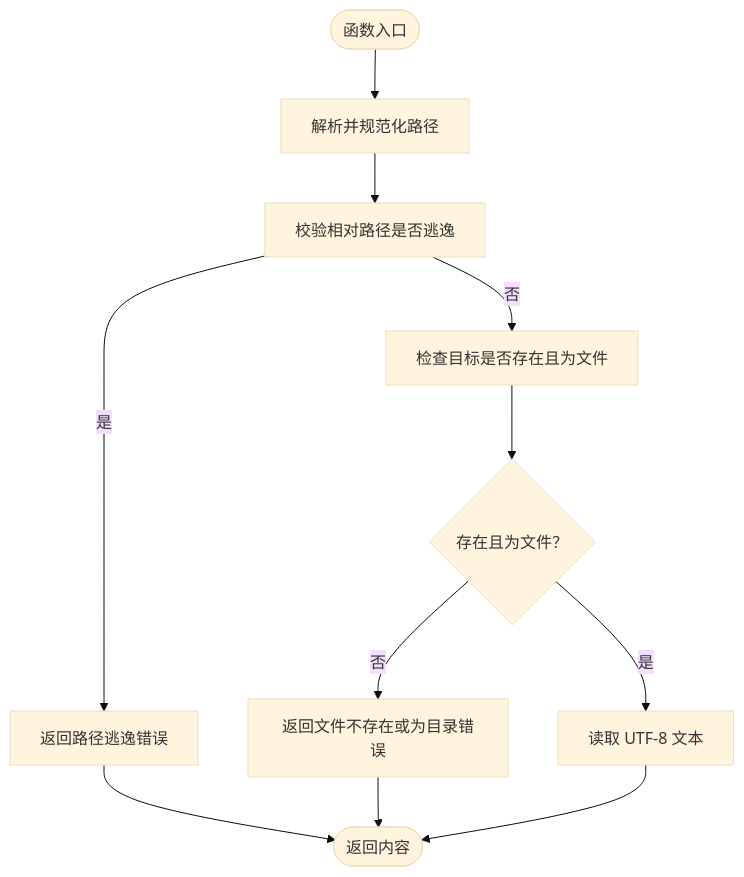
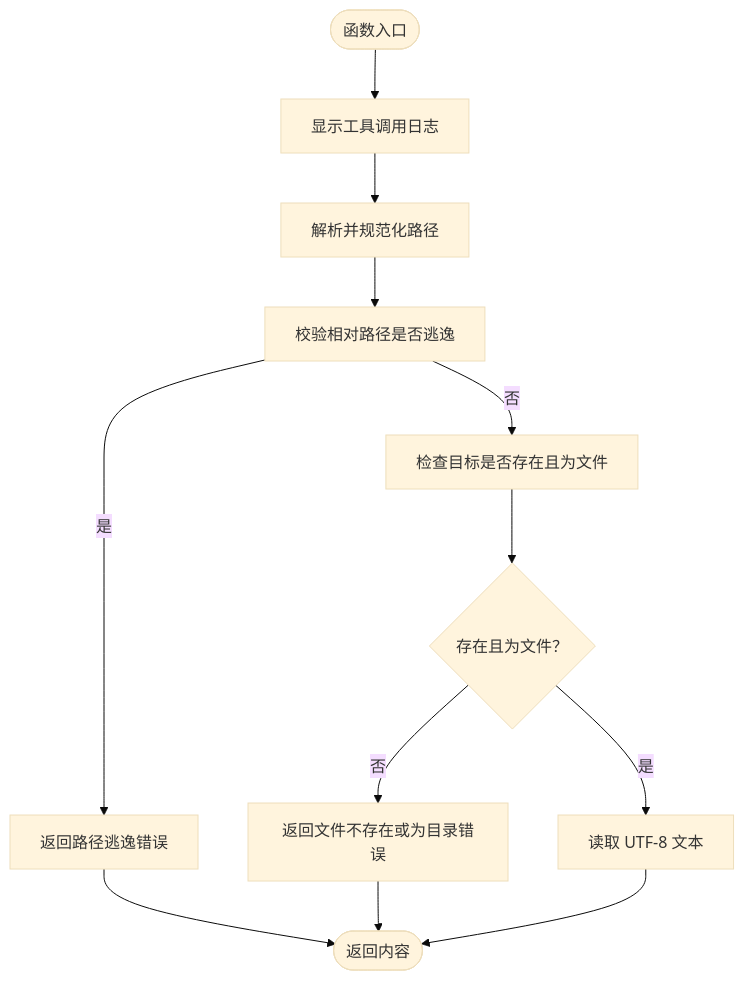
One commit to HAOFUYANG/onion-code changed the fourth of 7 diagrams in .qoder/repowiki/zh/content/工具系统/工具系统.md. Above: the diagram before and after it, drawn with Mermaid (base theme). The commit also changed other lines of this file and 5 other files, not shown here.

````diff
--- a/.qoder/repowiki/zh/content/工具系统/工具系统.md
+++ b/.qoder/repowiki/zh/content/工具系统/工具系统.md
@@ -157,13 +205,14 @@
 ```mermaid
 flowchart TD
-Start(["函数入口"]) --> Resolve["解析并规范化路径"]
+Start(["函数入口"]) --> Log["显示工具调用日志"]
+Log --> Resolve["解析并规范化路径"]
 Resolve --> CheckRel["校验相对路径是否逃逸"]
 CheckRel --> |是| ErrPath["返回路径逃逸错误"]
 CheckRel --> |否| Stat["检查目标是否存在且为文件"]
 Stat --> Exists{"存在且为文件？"}
 Exists --> |否| ErrType["返回文件不存在或为目录错误"]
 Exists --> |是| Read["读取 UTF-8 文本"]
 Read --> Done(["返回内容"])
 ErrPath --> Done
 ErrType --> Done
 ```
````
